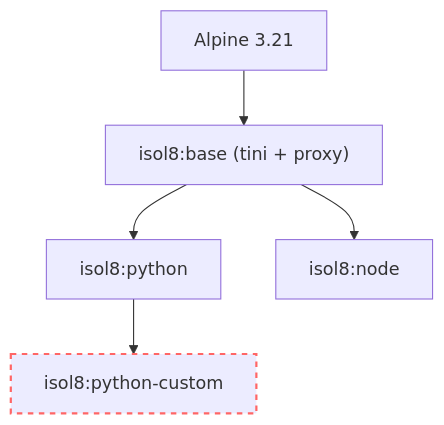
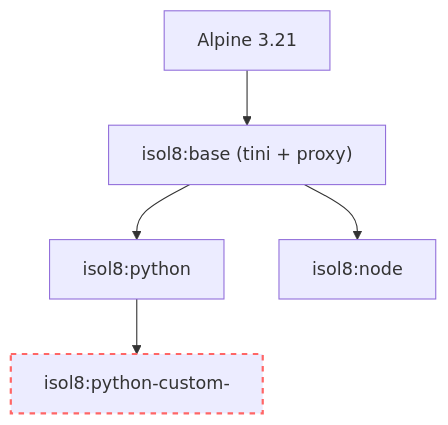
One commit to Illusion47586/isol8 changed the diagram in docs/packages.mdx. Above: the diagram before and after it, drawn with Mermaid. The commit also changed other lines of this file and 39 other files, not shown here.

````diff
--- a/docs/packages.mdx
+++ b/docs/packages.mdx
@@ -134,15 +134,15 @@
 ```mermaid
 flowchart TD
     Alpine["Alpine 3.21"]
     Base["isol8:base (tini + proxy)"]
     Py["isol8:python"]
     Node["isol8:node"]
-    CustomPy["isol8:python-custom"]
+    CustomPy["isol8:python-custom-<hash>"]
     
     Alpine --> Base
     Base --> Py
     Base --> Node
     Py --> CustomPy
     
     style CustomPy stroke:#f66,stroke-width:2px,stroke-dasharray: 5 5
 ```
````
